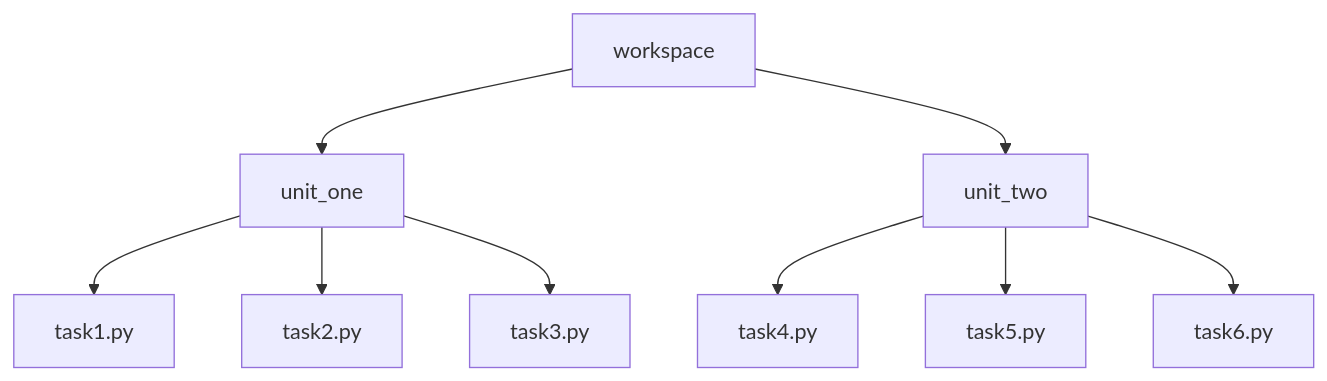
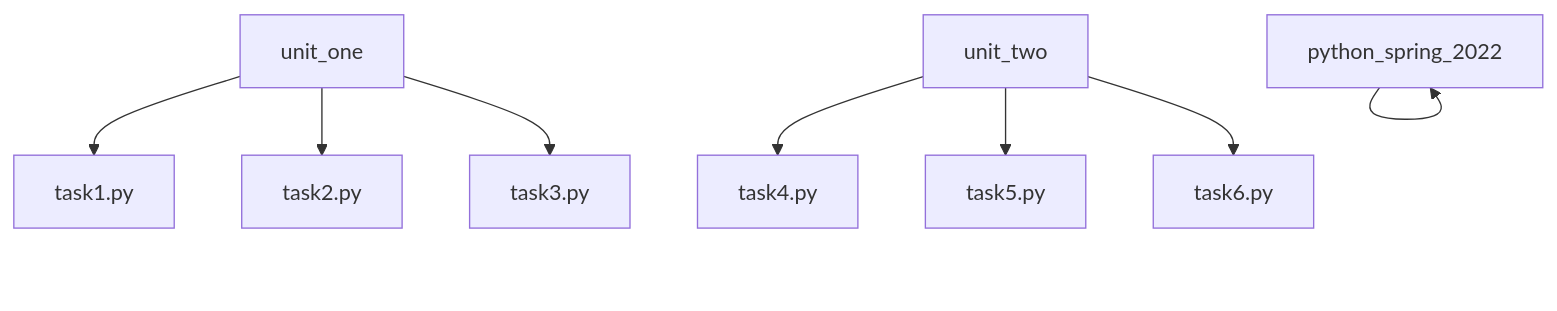
Before and after one commit to chertkov-vitaliy/python_spring_2022: the second of 2 diagrams in README.MD, drawn with Mermaid. The commit also changed other lines of this file, not shown here.

````diff
--- a/README.MD
+++ b/README.MD
@@ -51,11 +51,10 @@
 ```mermaid
 graph TD;
-    workspace-->unit_one
-    workspace-->unit_two
+    python_spring_2022-->python_spring_2022
     unit_one-->task1.py
     unit_one-->task2.py
     unit_one-->task3.py
     unit_two-->task4.py
     unit_two-->task5.py
     unit_two-->task6.py
 ```
````
